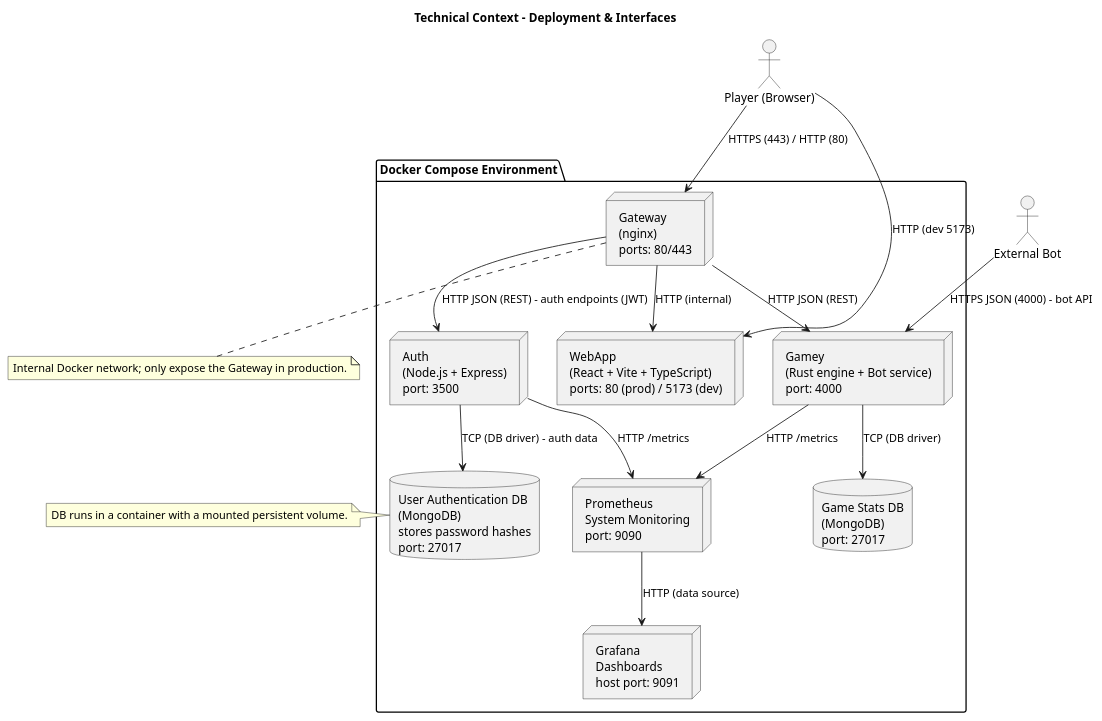
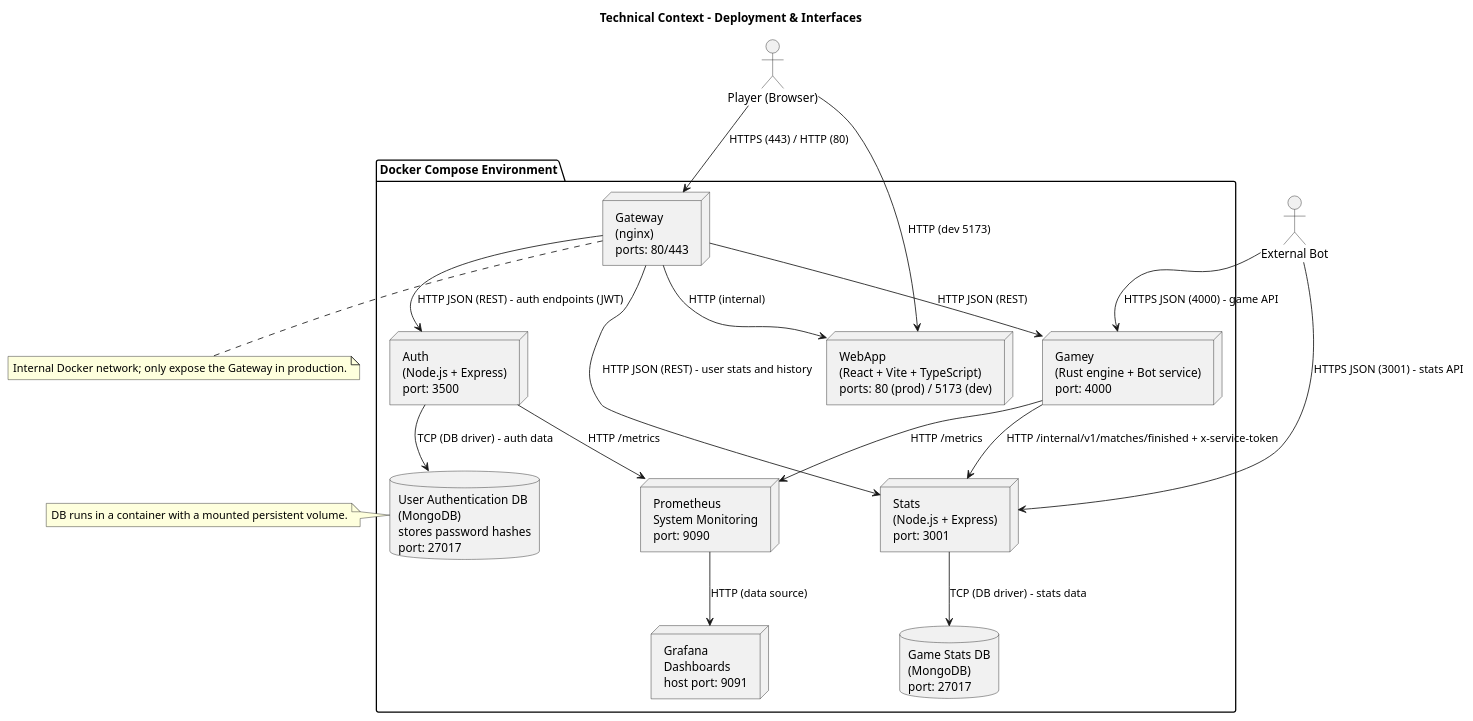
The second of 2 diagrams in docs/src/03_context_and_scope.adoc (Arquisoft/yovi_es4b), drawn with PlantUML before and after one commit. The commit also changed other lines of this file, not shown here.

Commit message:
Stats doc changes

```diff
--- a/docs/src/03_context_and_scope.adoc
+++ b/docs/src/03_context_and_scope.adoc
@@ -77,50 +82,54 @@
 [plantuml, target=technical-context-diagram, format=png]
 ----
 @startuml
 title Technical Context - Deployment & Interfaces
 
 actor "Player (Browser)" as Browser
 actor "External Bot" as ExternalBot
 
 package "Docker Compose Environment" {
 
     node "Gateway\n(nginx)\nports: 80/443" as Gateway
     node "WebApp\n(React + Vite + TypeScript)\nports: 80 (prod) / 5173 (dev)" as WebApp
     node "Auth\n(Node.js + Express)\nport: 3500" as Auth
+    node "Stats\n(Node.js + Express)\nport: 3001" as Stats
     node "Gamey\n(Rust engine + Bot service)\nport: 4000" as Gamey
 
     database "User Authentication DB\n(MongoDB)\nstores password hashes\nport: 27017" as UserDB
     database "Game Stats DB\n(MongoDB)\nport: 27017" as GameDB
 
     node "Prometheus\nSystem Monitoring\nport: 9090" as Prometheus
     node "Grafana\nDashboards\nhost port: 9091" as Grafana
 }
 
 ' --- External interactions ---
 Browser --> Gateway : HTTPS (443) / HTTP (80)
 Browser --> WebApp : HTTP (dev 5173)
 
-ExternalBot --> Gamey : HTTPS JSON (4000) - bot API
+ExternalBot --> Gamey : HTTPS JSON (4000) - game API
+ExternalBot --> Stats : HTTPS JSON (3001) - stats API
 
 ' --- Internal service communication ---
 Gateway --> WebApp : HTTP (internal)
 Gateway --> Auth : HTTP JSON (REST) - auth endpoints (JWT)
+Gateway --> Stats : HTTP JSON (REST) - user stats and history
 Gateway --> Gamey : HTTP JSON (REST)
 Auth --> UserDB : TCP (DB driver) - auth data
-Gamey --> GameDB : TCP (DB driver)
+Gamey --> Stats : HTTP /internal/v1/matches/finished + x-service-token
+Stats --> GameDB : TCP (DB driver) - stats data
 
 ' --- Monitoring ---
 Auth --> Prometheus : HTTP /metrics
 Gamey --> Prometheus : HTTP /metrics
 Prometheus --> Grafana : HTTP (data source)
 
 note left of UserDB
 DB runs in a container with a mounted persistent volume.
 end note
 
 note bottom of Gateway
 Internal Docker network; only expose the Gateway in production.
 end note
 
 @enduml
 ----
```
